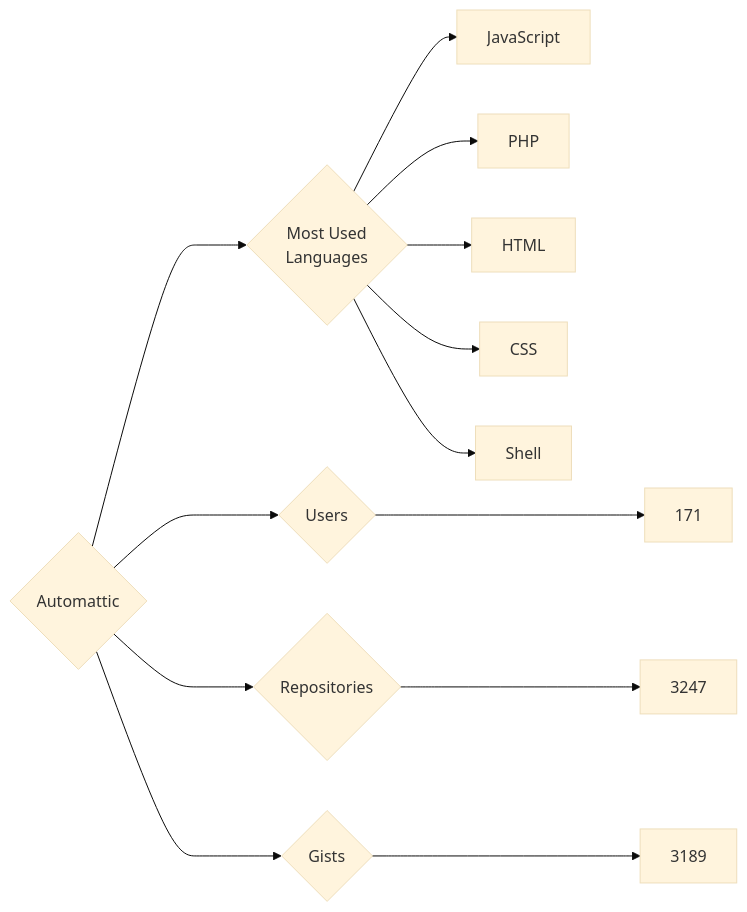
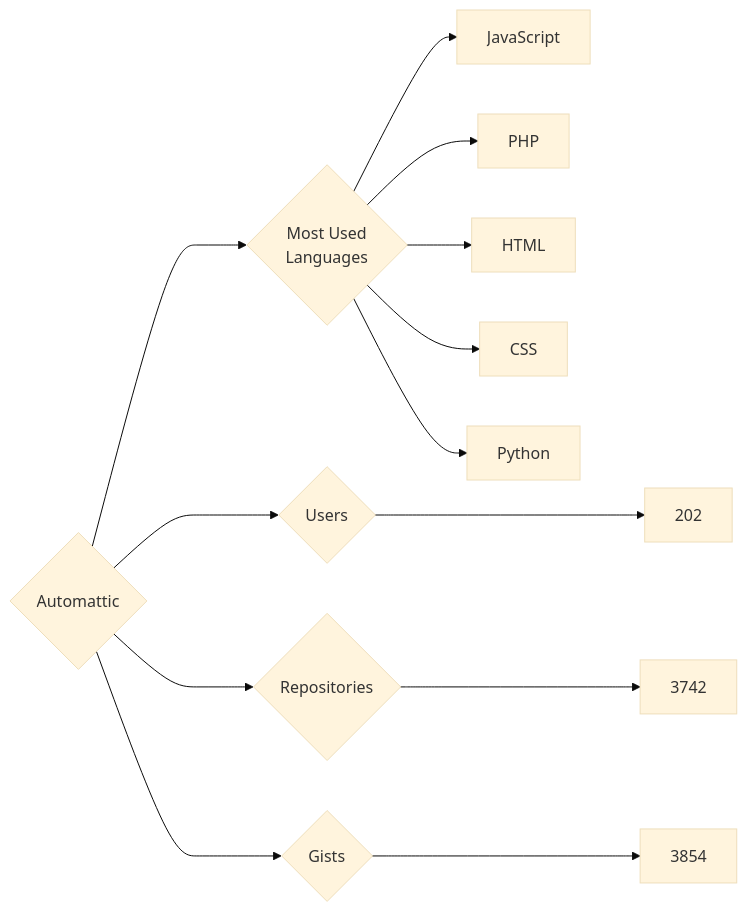
One commit to trickest/insiders changed the diagram in targets/Automattic/README.md. Above: the diagram before and after it, drawn with Mermaid (base theme). The commit also changed 757 other files, not shown here.

````diff
--- a/targets/Automattic/README.md
+++ b/targets/Automattic/README.md
@@ -3,13 +3,13 @@
 ```mermaid
 graph LR
 COMPANY_NAME{Automattic}
-COMPANY_NAME ---> U{Users} ---> UN[171]
-COMPANY_NAME ---> R{Repositories} ---> RN[3247]
-COMPANY_NAME ---> G{Gists} ---> GN[3189]
+COMPANY_NAME ---> U{Users} ---> UN[202]
+COMPANY_NAME ---> R{Repositories} ---> RN[3742]
+COMPANY_NAME ---> G{Gists} ---> GN[3854]
 COMPANY_NAME ---> ML{Most Used<br>Languages}
 ML --> JavaScript[JavaScript]
 ML --> PHP[PHP]
 ML --> HTML[HTML]
 ML --> CSS[CSS]
-ML --> Shell[Shell]
+ML --> Python[Python]
 ```
````
